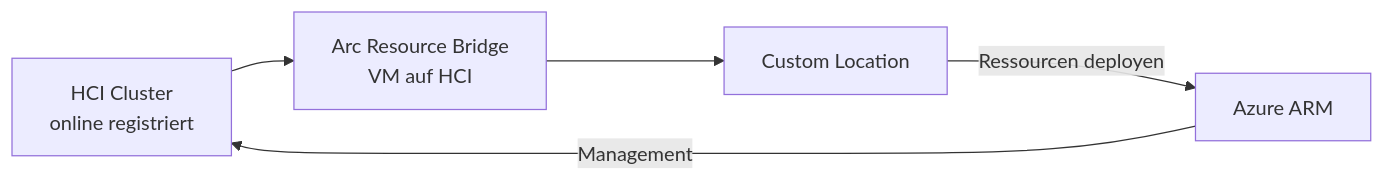
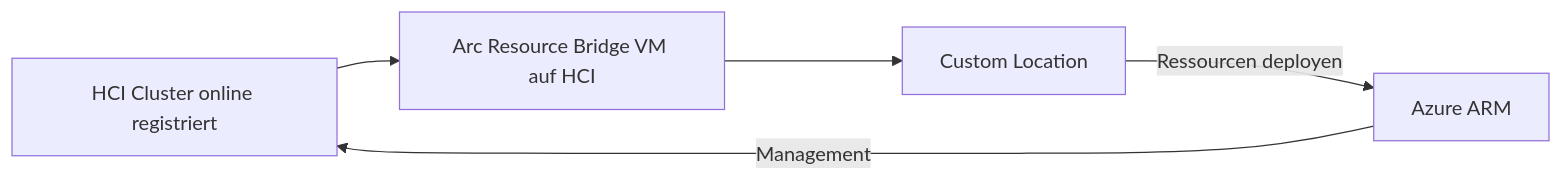
The second of 6 diagrams in Microsoft 365/Azure/Arc/Azure Stack HCI.md (SoniiiT/notes-n-docs), drawn with Mermaid before and after one commit. The commit also changed other lines of this file and 124 other files, not shown here.

First line of the commit message:
fix: Entferne \n aus allen Mermaid-Diagrammen (125 Dateien)

````diff
--- a/Microsoft 365/Azure/Arc/Azure Stack HCI.md
+++ b/Microsoft 365/Azure/Arc/Azure Stack HCI.md
@@ -75,12 +75,12 @@
 ```mermaid
 graph LR
-    HCI_CLUSTER[HCI Cluster\nonline registriert]
-    ARC_BRIDGE[Arc Resource Bridge\nVM auf HCI]
+    HCI_CLUSTER[HCI Cluster online registriert]
+    ARC_BRIDGE[Arc Resource Bridge VM auf HCI]
     CUSTOM_LOC[Custom Location]
     AZURE[Azure ARM]
 
     HCI_CLUSTER --> ARC_BRIDGE
     ARC_BRIDGE --> CUSTOM_LOC
     CUSTOM_LOC -->|Ressourcen deployen| AZURE
     AZURE -->|Management| HCI_CLUSTER
 ```
````
